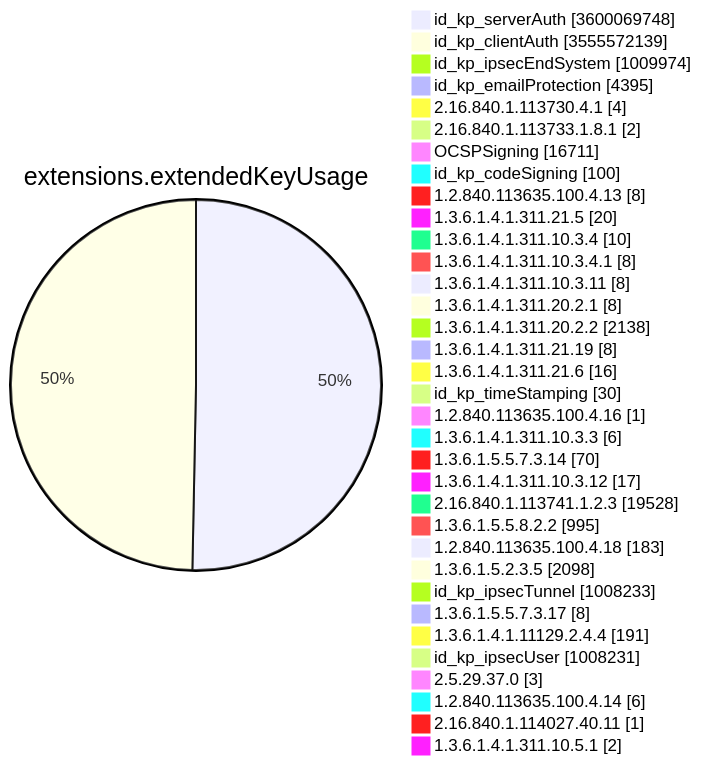
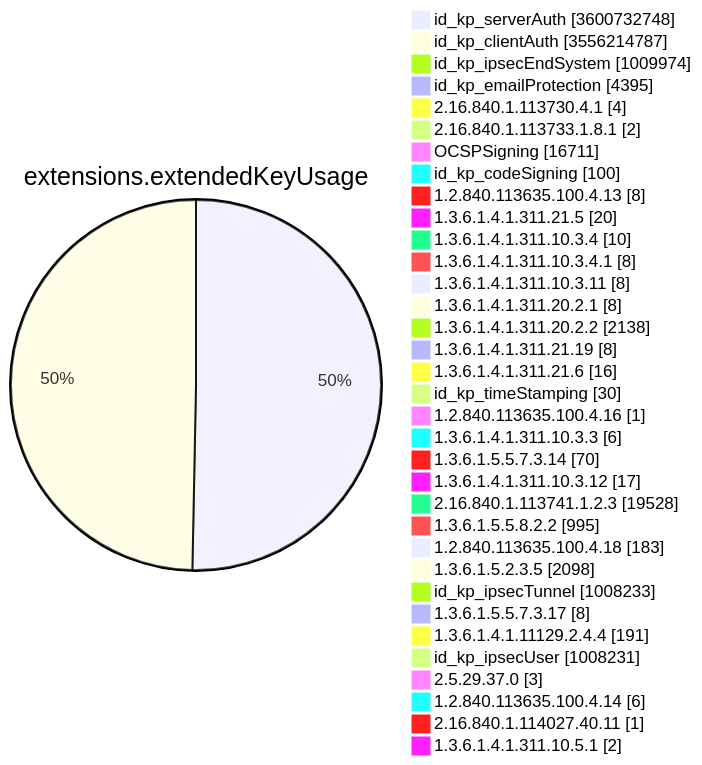
Diagram 11 of 15 in TOTAL/README.md (christiankrug/ctmonitor_visualization), drawn with Mermaid before and after one commit. The commit also changed other lines of this file, not shown here.

````diff
--- a/TOTAL/README.md
+++ b/TOTAL/README.md
@@ -4129,38 +4129,38 @@
 ```mermaid
 pie showData
 title extensions.extendedKeyUsage
-"id_kp_serverAuth" :3600069748
-"id_kp_clientAuth" :3555572139
+"id_kp_serverAuth" :3600732748
+"id_kp_clientAuth" :3556214787
 "id_kp_ipsecEndSystem" :1009974
 "id_kp_emailProtection" :4395
 "2.16.840.1.113730.4.1" :4
 "2.16.840.1.113733.1.8.1" :2
 "OCSPSigning" :16711
 "id_kp_codeSigning" :100
 "1.2.840.113635.100.4.13" :8
 "1.3.6.1.4.1.311.21.5" :20
 "1.3.6.1.4.1.311.10.3.4" :10
 "1.3.6.1.4.1.311.10.3.4.1" :8
 "1.3.6.1.4.1.311.10.3.11" :8
 "1.3.6.1.4.1.311.20.2.1" :8
 "1.3.6.1.4.1.311.20.2.2" :2138
 "1.3.6.1.4.1.311.21.19" :8
 "1.3.6.1.4.1.311.21.6" :16
 "id_kp_timeStamping" :30
 "1.2.840.113635.100.4.16" :1
 "1.3.6.1.4.1.311.10.3.3" :6
 "1.3.6.1.5.5.7.3.14" :70
 "1.3.6.1.4.1.311.10.3.12" :17
 "2.16.840.1.113741.1.2.3" :19528
 "1.3.6.1.5.5.8.2.2" :995
 "1.2.840.113635.100.4.18" :183
 "1.3.6.1.5.2.3.5" :2098
 "id_kp_ipsecTunnel" :1008233
 "1.3.6.1.5.5.7.3.17" :8
 "1.3.6.1.4.1.11129.2.4.4" :191
 "id_kp_ipsecUser" :1008231
 "2.5.29.37.0" :3
 "1.2.840.113635.100.4.14" :6
 "2.16.840.1.114027.40.11" :1
 "1.3.6.1.4.1.311.10.5.1" :2
 ```
````
